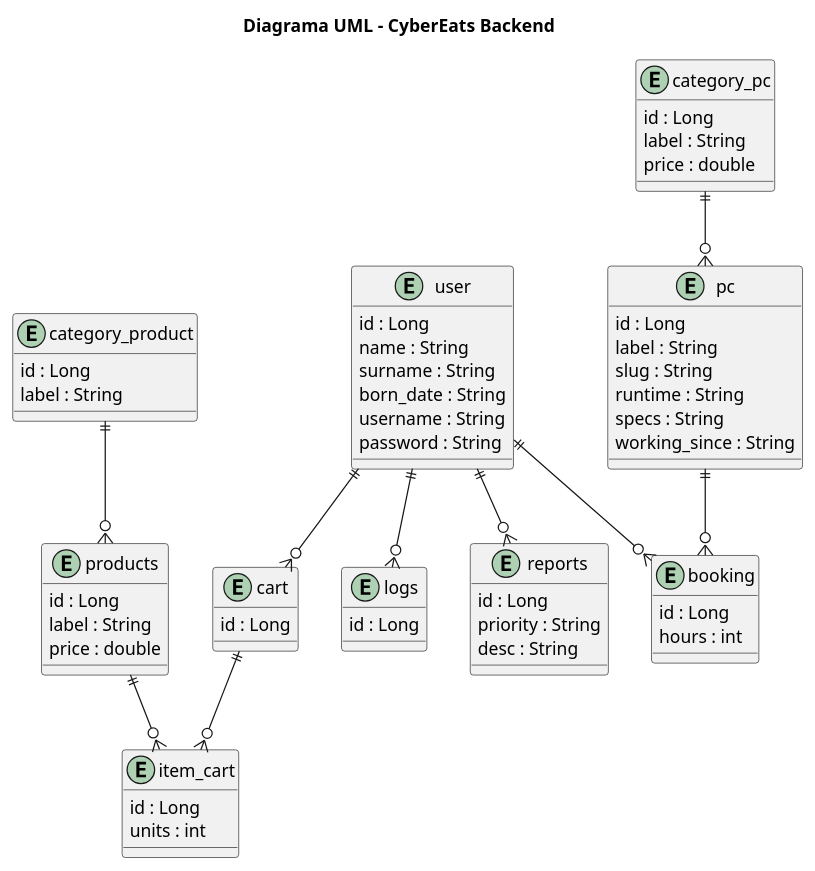
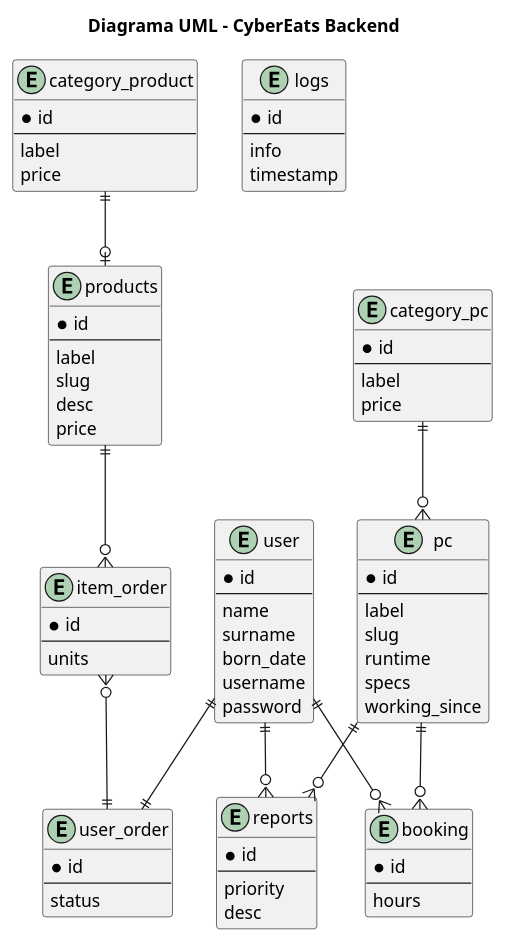
One commit to cybereats/tienda-back changed the diagram in docs/uml/bbdd.puml. Above: the diagram before and after it, drawn with PlantUML. The commit also changed 4 other files, not shown here.

Commit message:
fix(cybereats/sprints#4): Fix uml

```diff
--- a/docs/uml/bbdd.puml
+++ b/docs/uml/bbdd.puml
@@ -1,75 +1,94 @@
-@startuml cybereats-back
+@startuml
 
 title Diagrama UML - CyberEats Backend
 
 entity category_product {
-    id : Long
-    label : String
+    *id
+    --
+    label
+    price
 }
 
 entity products {
-    id : Long
-    label : String
-    price : double
+    *id
+    --
+    label
+    slug
+    desc
+    price
 }
 
-entity item_cart {
-    id : Long
-    units : int
+entity item_order {
+    *id
+    --
+    units
 }
 
-entity cart {
-    id : Long
+entity user_order {
+    *id
+    --
+    status
 }
 
 entity logs {
-    id : Long
+    *id
+    --
+    info
+    timestamp
 }
 
 entity category_pc {
-    id : Long
-    label : String
-    price : double
+    *id
+    --
+    label
+    price
 }
 
 entity pc {
-    id : Long
-    label : String
-    slug : String
-    runtime : String
-    specs : String
-    working_since : String
+    *id
+    --
+    label
+    slug
+    runtime
+    specs
+    working_since
 }
 
 entity booking {
-    id : Long
-    hours : int
+    *id
+    --
+    hours
 }
 
 entity reports {
-    id : Long
-    priority : String
-    desc : String
+    *id
+    --
+    priority
+    desc
 }
 
 entity user {
-    id : Long
-    name : String
-    surname : String
-    born_date : String
-    username : String
-    password : String
+    *id
+    --
+    name
+    surname
+    born_date
+    username
+    password
 }
 
+category_product ||--o| products
+products ||--o{ item_order
+item_order }o--|| user_order
 
-category_product ||--o{ products
-products ||--o{ item_cart
-cart ||--o{ item_cart
-user ||--o{ cart
+category_pc ||--o{ pc
+
+pc ||--o{ booking
 user ||--o{ booking
+
+pc ||--o{ reports
 user ||--o{ reports
-user ||--o{ logs
-category_pc ||--o{ pc
-pc ||--o{ booking
+
+user ||--|| user_order
 
 @enduml
```
